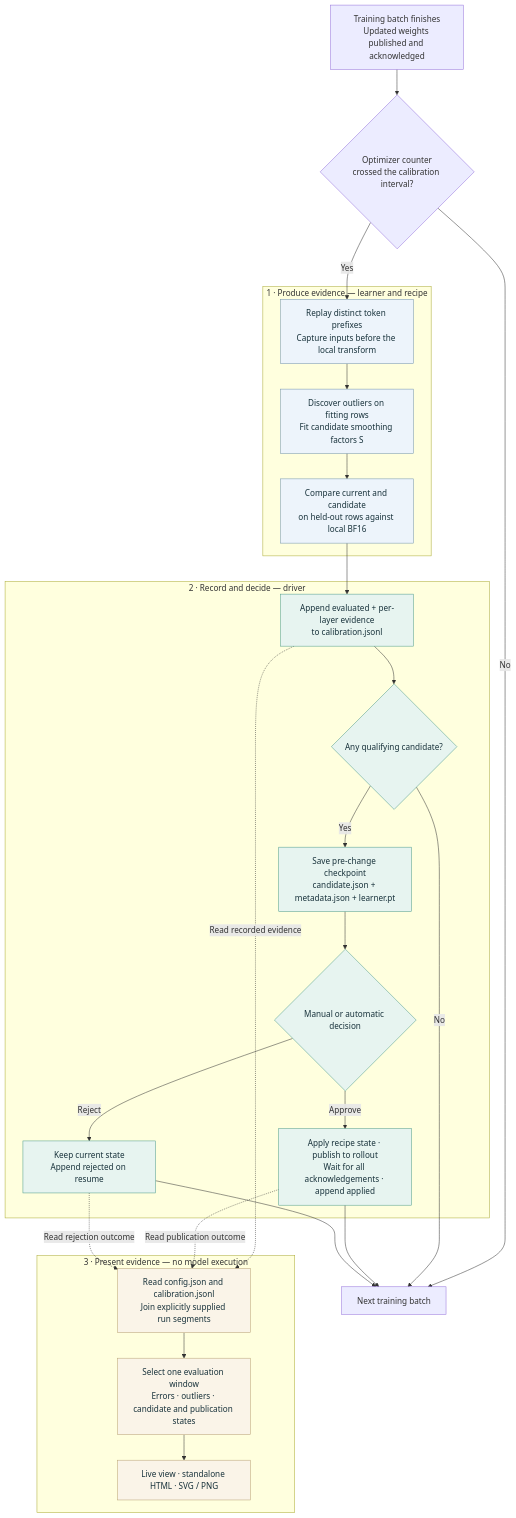
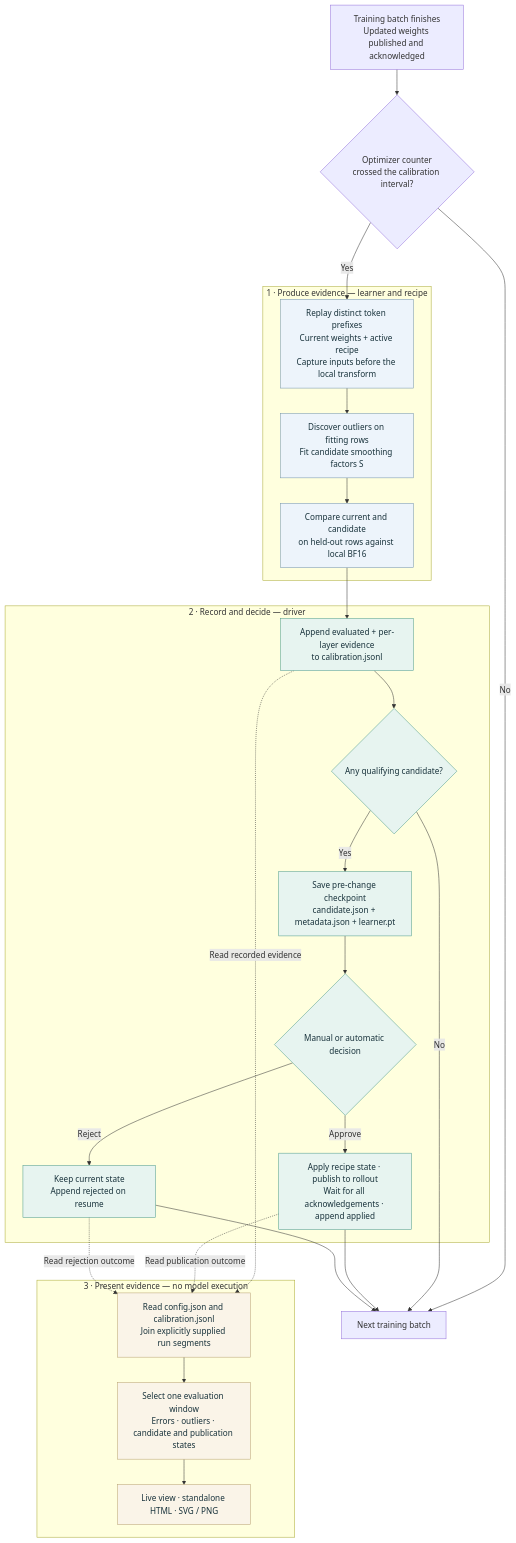
The diagram in docs/smoothquant-calibration.md (wengeezhang/QoreRL), drawn with Mermaid before and after one commit. The commit also changed other lines of this file and 2 other files, not shown here.

Commit message:
docs: clarify local calibration references and joint update limits

````diff
--- a/docs/smoothquant-calibration.md
+++ b/docs/smoothquant-calibration.md
@@ -11,37 +11,37 @@
 ```mermaid
 flowchart TD
     A[Training batch finishes<br/>Updated weights published and acknowledged] --> B{Optimizer counter<br/>crossed the calibration interval?}
     B -->|No| NEXT[Next training batch]
     B -->|Yes| C
     subgraph COMPUTE[1 · Produce evidence — learner and recipe]
-        C[Replay distinct token prefixes<br/>Capture inputs before the local transform]
+        C[Replay distinct token prefixes<br/>Current weights + active recipe<br/>Capture inputs before the local transform]
         C --> D[Discover outliers on fitting rows<br/>Fit candidate smoothing factors S]
         D --> E[Compare current and candidate<br/>on held-out rows against local BF16]
     end
     E --> F
     subgraph RECORD[2 · Record and decide — driver]
         F[Append evaluated + per-layer evidence<br/>to calibration.jsonl]
         F --> G{Any qualifying candidate?}
         G -->|Yes| H[Save pre-change checkpoint<br/>candidate.json + metadata.json + learner.pt]
         H --> I{Manual or automatic decision}
         I -->|Approve| J[Apply recipe state · publish to rollout<br/>Wait for all acknowledgements · append applied]
         I -->|Reject| K[Keep current state<br/>Append rejected on resume]
     end
     G -->|No| NEXT
     J --> NEXT
     K --> NEXT
     F -. Read recorded evidence .-> V
     J -. Read publication outcome .-> V
     K -. Read rejection outcome .-> V
     subgraph VIEW[3 · Present evidence — no model execution]
         V[Read config.json and calibration.jsonl<br/>Join explicitly supplied run segments]
         V --> W[Select one evaluation window<br/>Errors · outliers · candidate and publication states]
         W --> X[Live view · standalone HTML · SVG / PNG]
     end
     classDef compute fill:#edf4fb,stroke:#7192ae,color:#18323b
     classDef record fill:#e7f4f0,stroke:#4b9a8b,color:#18323b
     classDef view fill:#faf4e8,stroke:#b7a073,color:#18323b
     class C,D,E compute
     class F,G,H,I,J,K record
     class V,W,X view
 ```
````
